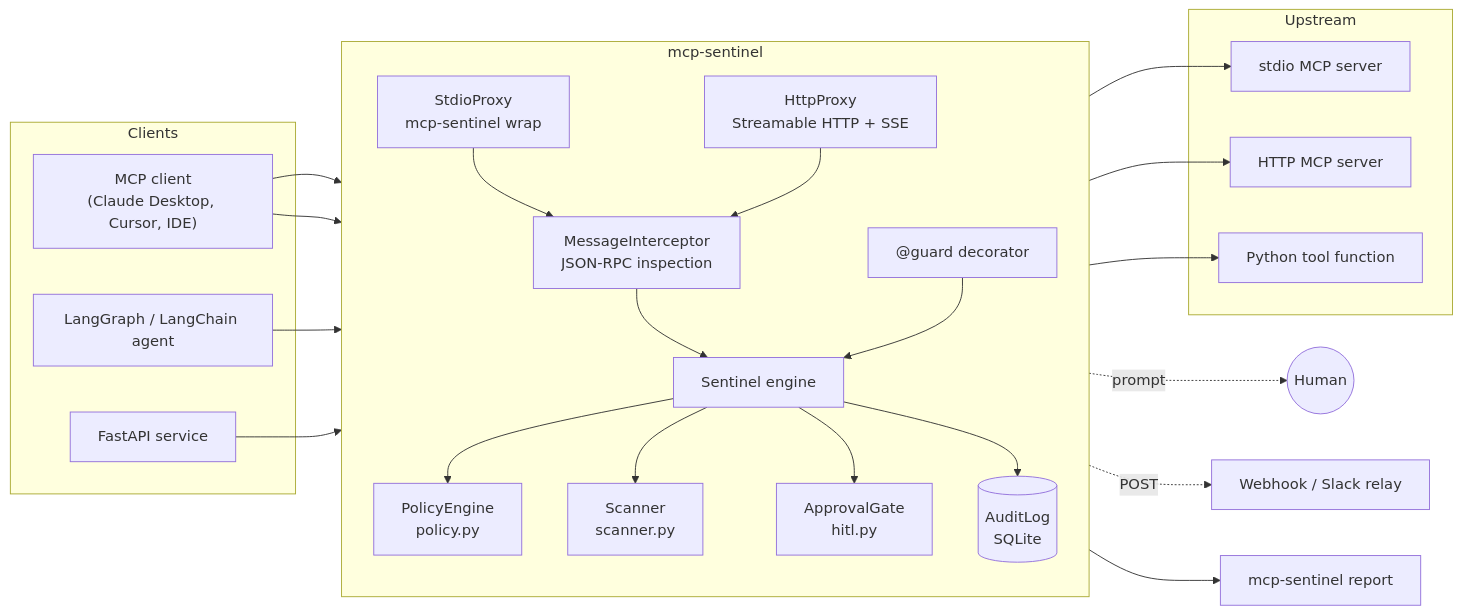
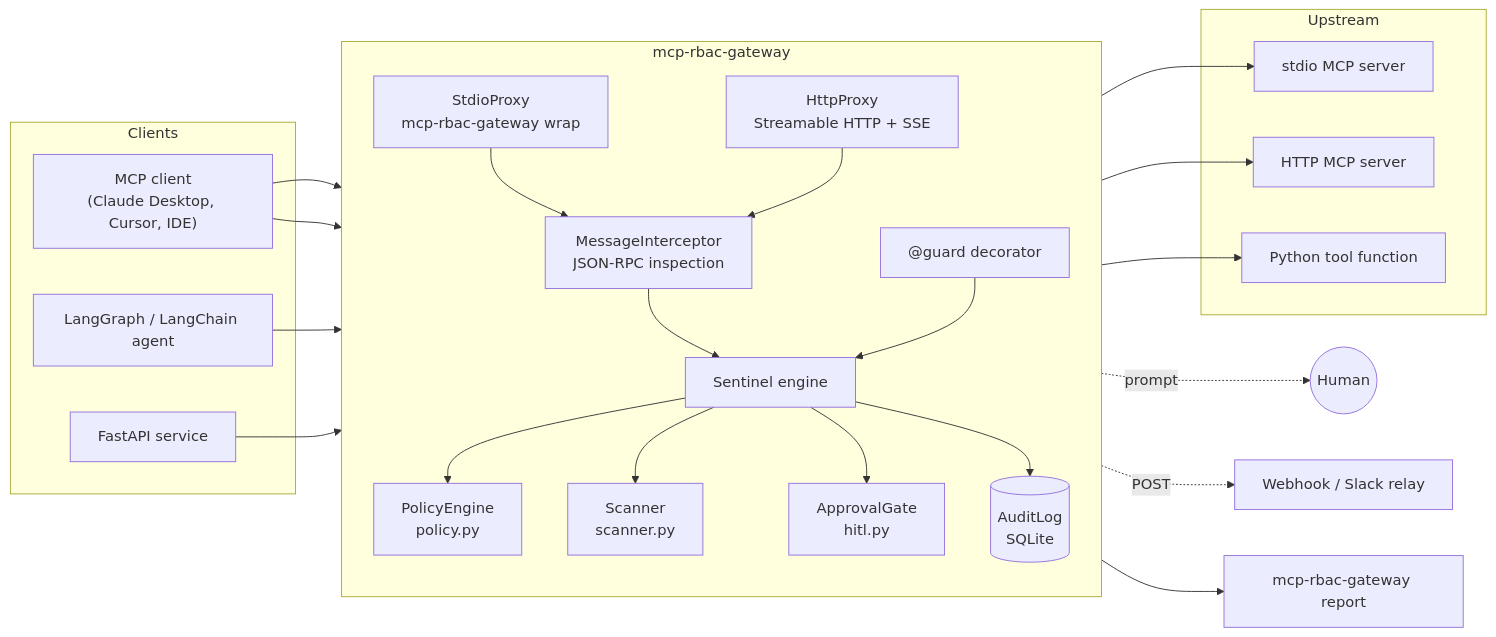
One commit to pavankalyan-Maturi/mcp-rbac-gateway changed the first of 3 diagrams in README.md. Above: the diagram before and after it, drawn with Mermaid. The commit also changed other lines of this file and 31 other files, not shown here.

First line of the commit message:
Rename import to mcp_rbac_gateway and CLI to mcp-rbac-gateway

````diff
--- a/README.md
+++ b/README.md
@@ -175,43 +161,43 @@
 ```mermaid
 flowchart LR
     subgraph Clients
         A1["MCP client<br/>(Claude Desktop, Cursor, IDE)"]
         A2["LangGraph / LangChain agent"]
         A3["FastAPI service"]
     end
 
-    subgraph Sentinel["mcp-sentinel"]
+    subgraph Sentinel["mcp-rbac-gateway"]
         direction TB
-        T1["StdioProxy<br/>mcp-sentinel wrap"]
+        T1["StdioProxy<br/>mcp-rbac-gateway wrap"]
         T2["HttpProxy<br/>Streamable HTTP + SSE"]
         T3["@guard decorator"]
         I["MessageInterceptor<br/>JSON-RPC inspection"]
         S["Sentinel engine"]
         P["PolicyEngine<br/>policy.py"]
         SC["Scanner<br/>scanner.py"]
         H["ApprovalGate<br/>hitl.py"]
         AU[("AuditLog<br/>SQLite")]
         T1 --> I
         T2 --> I
         I --> S
         T3 --> S
         S --> P
         S --> SC
         S --> H
         S --> AU
     end
 
     subgraph Upstream
         U1["stdio MCP server"]
         U2["HTTP MCP server"]
         U3["Python tool function"]
     end
 
     A1 --> T1 --> U1
     A1 --> T2 --> U2
     A2 --> T3 --> U3
     A3 --> T3
     H -.->|"prompt"| Human(("Human"))
     H -.->|"POST"| W["Webhook / Slack relay"]
-    AU --> R["mcp-sentinel report"]
+    AU --> R["mcp-rbac-gateway report"]
 ```
````
